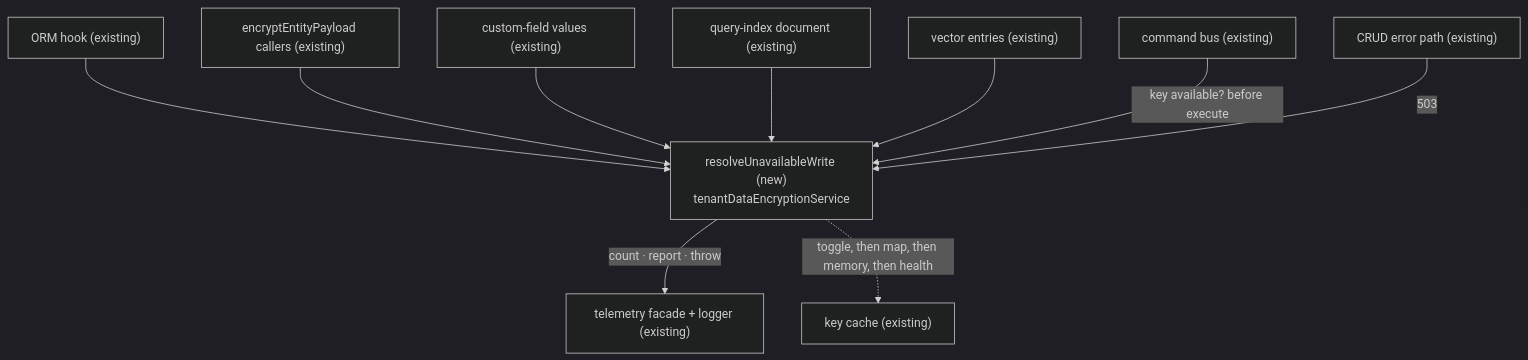
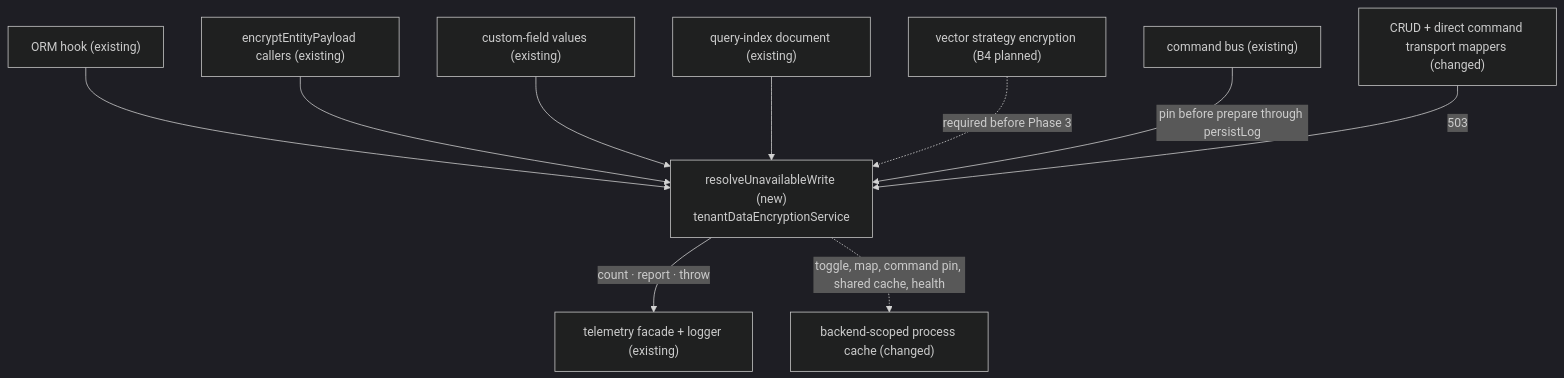
The diagram in .ai/specs/2026-11-16-kms-fail-closed.md (open-mercato/open-mercato), drawn with Mermaid (dark theme) before and after one commit. The commit also changed other lines of this file and 50 other files, not shown here.

````diff
--- a/.ai/specs/2026-11-16-kms-fail-closed.md
+++ b/.ai/specs/2026-11-16-kms-fail-closed.md
@@ -172,13 +183,13 @@
 ```mermaid
 flowchart TD
   D["resolveUnavailableWrite (new)<br/>tenantDataEncryptionService"]
   S["ORM hook (existing)"] --> D
   E["encryptEntityPayload callers (existing)"] --> D
   C["custom-field values (existing)"] --> D
   I["query-index document (existing)"] --> D
-  V["vector entries (existing)"] --> D
-  B["command bus (existing)"] -- "key available? before execute" --> D
+  V["vector strategy encryption (B4 planned)"] -. "required before Phase 3" .-> D
+  B["command bus (existing)"] -- "pin before prepare through persistLog" --> D
   D -- "count · report · throw" --> T["telemetry facade + logger (existing)"]
-  D -. "toggle, then map, then memory, then health" .-> K["key cache (existing)"]
-  R["CRUD error path (existing)"] -- "503" --> D
+  D -. "toggle, map, command pin, shared cache, health" .-> K["backend-scoped process cache (changed)"]
+  R["CRUD + direct command transport mappers (changed)"] -- "503" --> D
 ```
````
